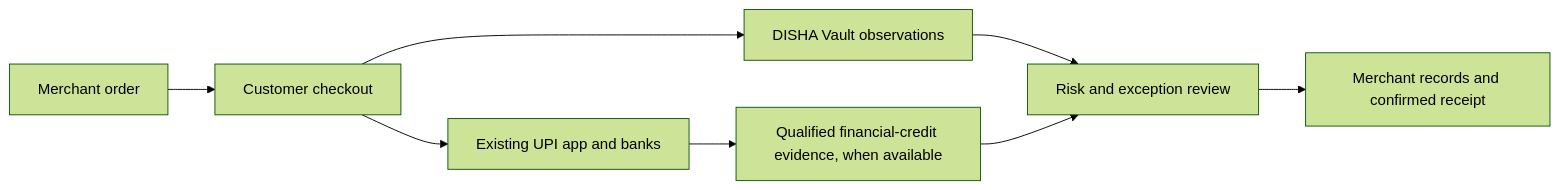
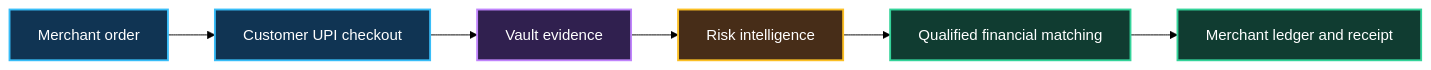
One commit to Tashima-Tarsh/Zero-Trust-Fintech changed the diagram in docs/wiki/Home.md. Above: the diagram before and after it, drawn with Mermaid (forest theme). The commit also changed other lines of this file and 5 other files, not shown here.

Commit message:
docs(product): rebuild customer-facing DISHA story with branded color-coded platform and Vault architecture

```diff
--- a/docs/wiki/Home.md
+++ b/docs/wiki/Home.md
@@ -40,10 +33,12 @@
 ~~~mermaid
 flowchart LR
- A["Merchant order"] --> B["Customer checkout"]
- B --> C["Existing UPI app and banks"]
- B --> D["DISHA Vault observations"]
- C --> E["Qualified financial-credit evidence, when available"]
- D --> F["Risk and exception review"]
- E --> F
- F --> G["Merchant records and confirmed receipt"]
+ A["Merchant order"]:::blue --> B["Customer UPI checkout"]:::blue
+ B --> C["Vault evidence"]:::purple
+ C --> D["Risk intelligence"]:::orange
+ D --> E["Qualified financial matching"]:::green
+ E --> F["Merchant ledger and receipt"]:::green
+ classDef blue fill:#103453,stroke:#38BDF8,color:#fff,stroke-width:2px;
+ classDef purple fill:#30204F,stroke:#C084FC,color:#fff,stroke-width:2px;
+ classDef orange fill:#472D18,stroke:#FBBF24,color:#fff,stroke-width:2px;
+ classDef green fill:#103C31,stroke:#34D399,color:#fff,stroke-width:2px;
 ~~~
```
